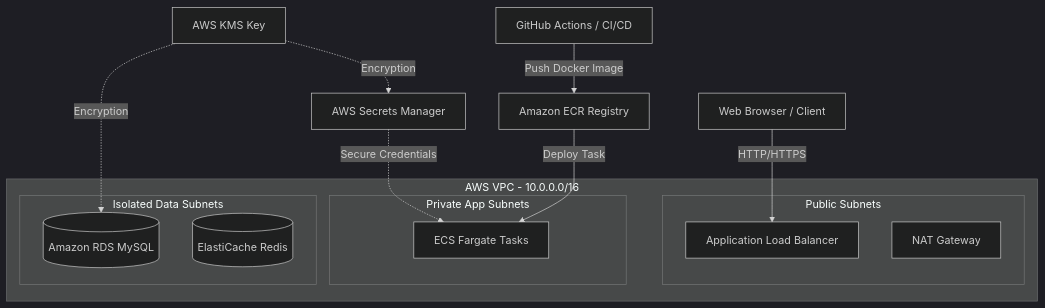
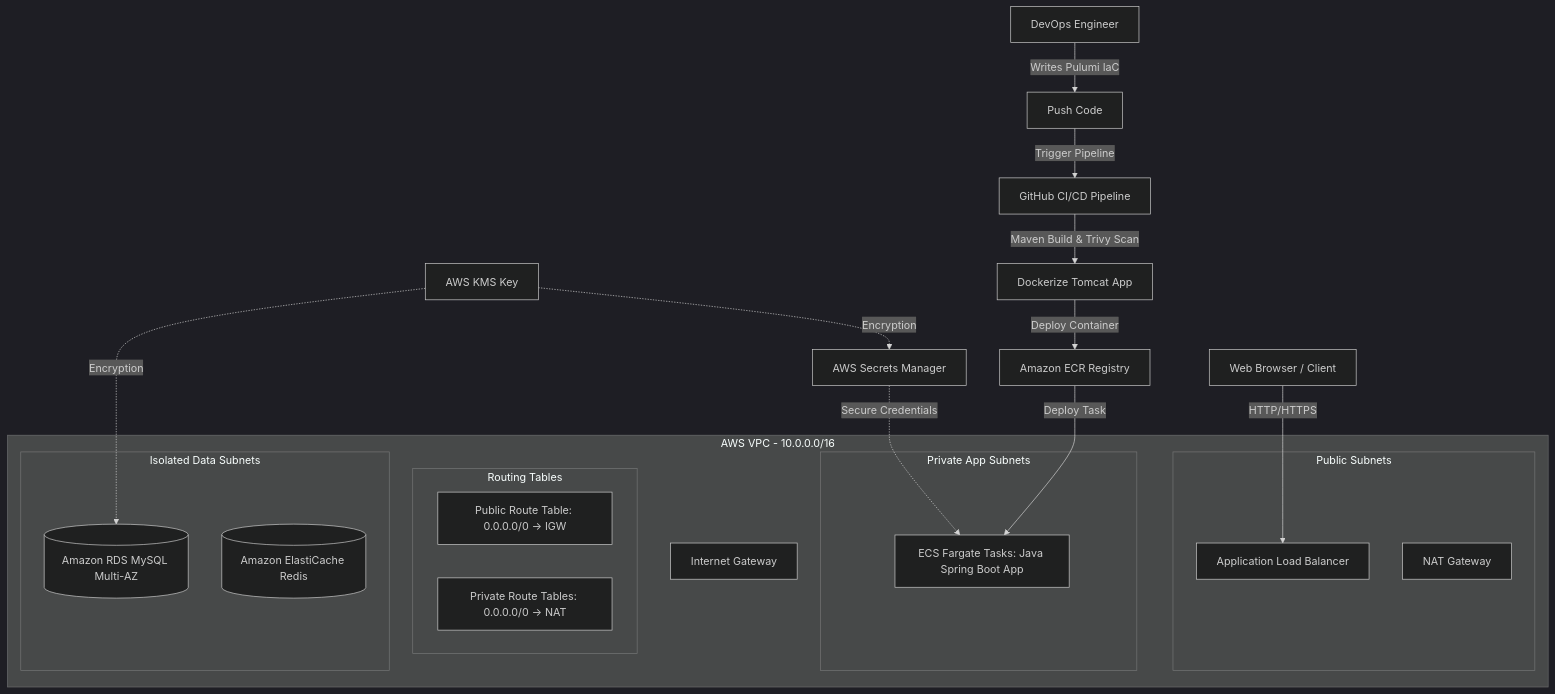
One commit to ibrahimelothmani/FlexTier-DevSecOps-Dual-Architecture-Java-Application-Orchestration-FinOps-on-AWS changed the diagram in Containerization & Pulumi AWS 3-Tier Infrastructure.md. Above: the diagram before and after it, drawn with Mermaid (dark theme).

Commit message:
docs: update 3-tier architecture diagram to include CI/CD workflow and network routing details

````diff
--- a/Containerization & Pulumi AWS 3-Tier Infrastructure.md
+++ b/Containerization & Pulumi AWS 3-Tier Infrastructure.md
@@ -37,22 +37,37 @@
 ```mermaid
 graph TD
+    DevOps[DevOps Engineer] -->|Writes Pulumi IaC| GitPush[Push Code]
+    GitPush -->|Trigger Pipeline| GitHub[GitHub CI/CD Pipeline]
+    GitHub -->|Maven Build & Trivy Scan| DockerBuild[Dockerize Tomcat App]
+    DockerBuild -->|Deploy Container| ECR[Amazon ECR Registry]
+    
     Client[Web Browser / Client] -->|HTTP/HTTPS| ALB[Application Load Balancer]
+    
     subgraph VPC [AWS VPC - 10.0.0.0/16]
+        IGW[Internet Gateway]
+        
+        subgraph Routing [Routing Tables]
+            PubRT[Public Route Table: 0.0.0.0/0 -> IGW]
+            PrivRT[Private Route Tables: 0.0.0.0/0 -> NAT]
+        end
+
         subgraph PublicSubnets [Public Subnets]
             ALB
             NAT[NAT Gateway]
         end
+        
         subgraph PrivateSubnets [Private App Subnets]
-            ECS[ECS Fargate Tasks]
+            ECS[ECS Fargate Tasks: Java Spring Boot App]
         end
+        
         subgraph IsolatedSubnets [Isolated Data Subnets]
-            RDS[(Amazon RDS MySQL)]
-            Redis[(ElastiCache Redis)]
+            RDS[(Amazon RDS MySQL Multi-AZ)]
+            Redis[(Amazon ElastiCache Redis)]
         end
     end
+    
+    ECR -->|Deploy Task| ECS
     Secrets[AWS Secrets Manager] -.->|Secure Credentials| ECS
     KMS[AWS KMS Key] -.->|Encryption| RDS
     KMS -.->|Encryption| Secrets
-    GitHub[GitHub Actions / CI/CD] -->|Push Docker Image| ECR[Amazon ECR Registry]
-    ECR -->|Deploy Task| ECS
 ```
````
